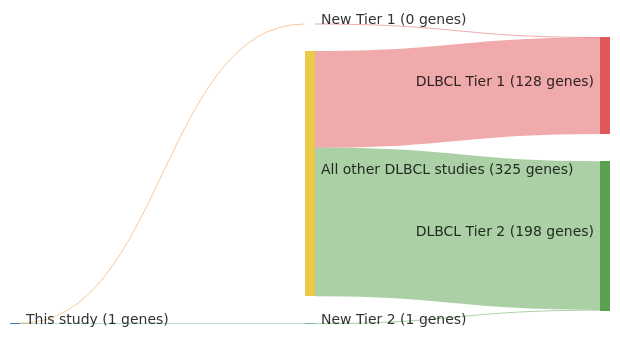
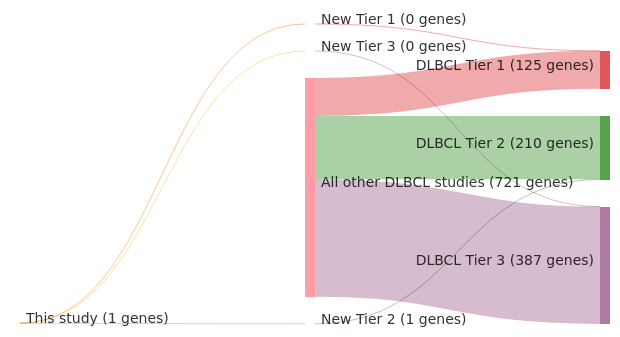
Before and after one commit to morinlab/lymphopedia: the diagram in papers/shinBRAFV600EMAP2K12015.md, drawn with Mermaid. The commit also changed other lines of this file and 81 other files, not shown here.

````diff
--- a/papers/shinBRAFV600EMAP2K12015.md
+++ b/papers/shinBRAFV600EMAP2K12015.md
@@ -12,20 +12,23 @@
 ```mermaid
 ---
 config:
     sankey:
         showValues: true
         linkColor: target
         width: 600
         height: 300
         nodeAlignment: right
         prefix: '('
         suffix: ' genes)'
 ---
 sankey-beta
 This study, New Tier 1, 0
 New Tier 1, DLBCL Tier 1, 0
 This study, New Tier 2, 1
 New Tier 2, DLBCL Tier 2, 1
-All other DLBCL studies, DLBCL Tier 1, 128
-All other DLBCL studies, DLBCL Tier 2, 197
+This study, New Tier 3, 0
+New Tier 3, DLBCL Tier 3, 0
+All other DLBCL studies, DLBCL Tier 1, 125
+All other DLBCL studies, DLBCL Tier 2, 209
+All other DLBCL studies, DLBCL Tier 3, 387
 ```
````
